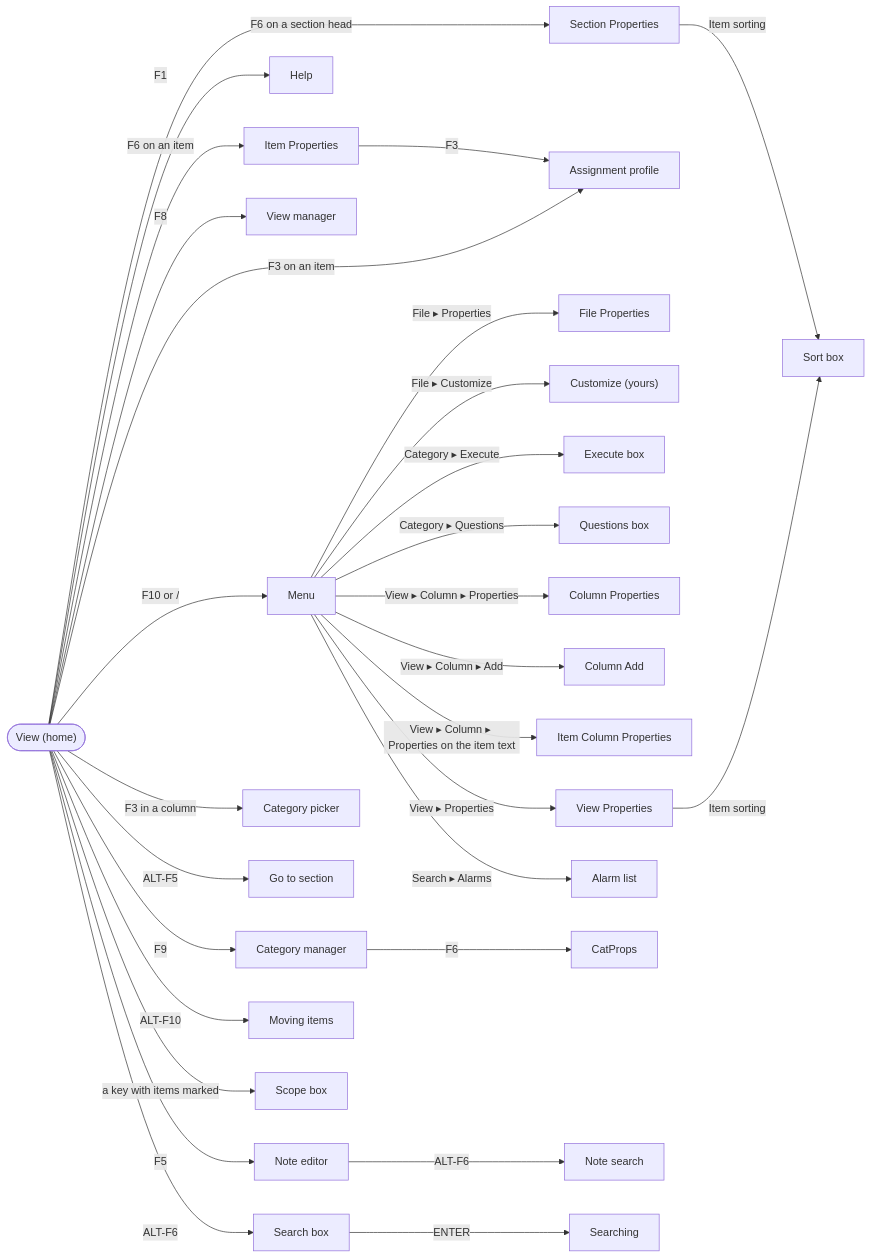
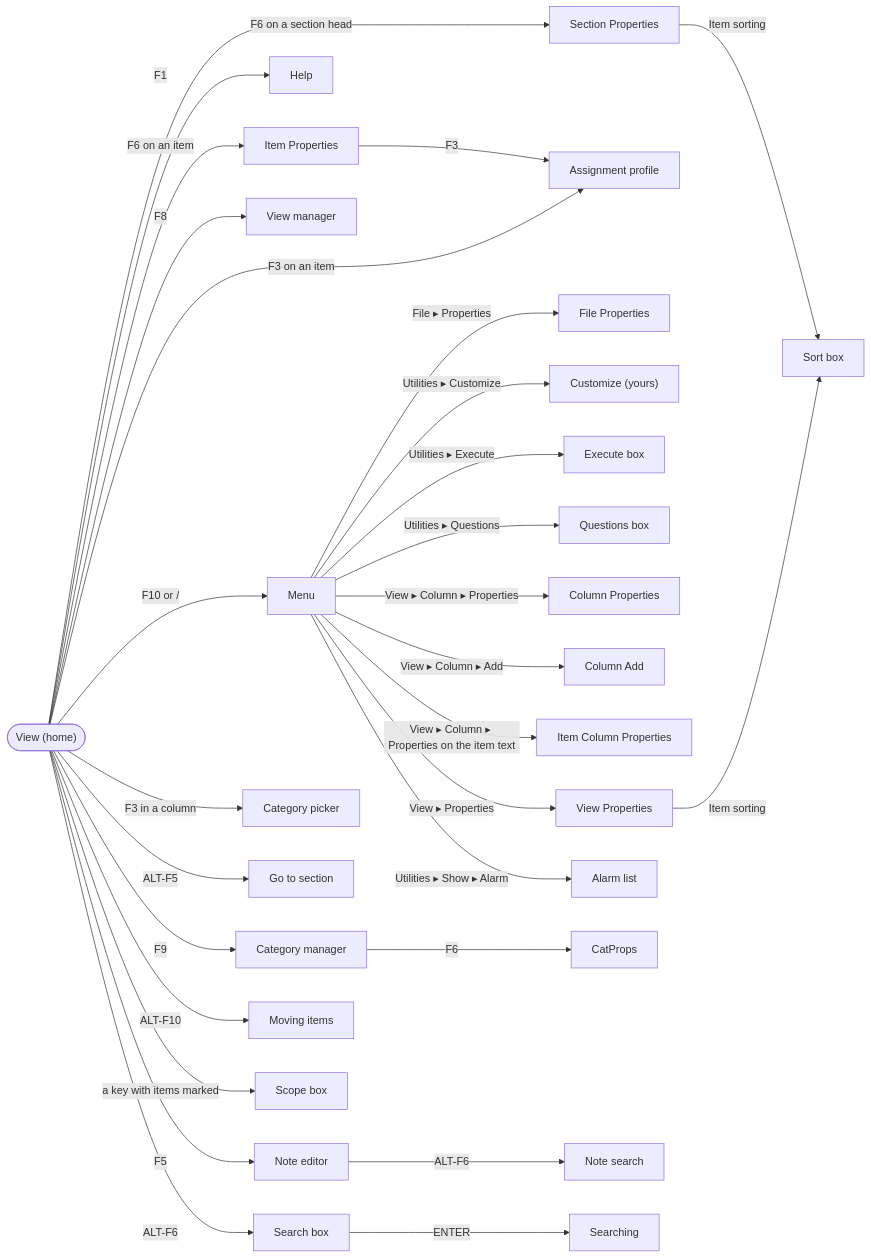
One commit to jamting/agendum changed the first of 2 diagrams in docs/SCREENS.md. Above: the diagram before and after it, drawn with Mermaid. The commit also changed other lines of this file and 47 other files, not shown here.

First line of the commit message:
The F10 menu in Agenda's shape: File Item Category View Print Utilities Quit (R81a, v0.27.0)

````diff
--- a/docs/SCREENS.md
+++ b/docs/SCREENS.md
@@ -19,32 +19,32 @@
 ```mermaid
 flowchart LR
     View(["View (home)"])
     View -- "F10 or /" --> Menu["Menu"]
     View -- F1 --> Help["Help"]
     View -- F9 --> CatMgr["Category manager"]
     View -- F8 --> ViewMgr["View manager"]
     View -- F5 --> Note["Note editor"]
     View -- "F6 on an item" --> ItemProps["Item Properties"]
     View -- "F6 on a section head" --> SectProps["Section Properties"]
     View -- "F3 on an item" --> Profile["Assignment profile"]
     View -- "F3 in a column" --> Picker["Category picker"]
     View -- ALT-F5 --> GoTo["Go to section"]
     View -- ALT-F6 --> SearchBox["Search box"]
     View -- "ALT-F10" --> MoveItem["Moving items"]
     View -- "a key with items marked" --> Scope["Scope box"]
     Menu -- "File ▸ Properties" --> FileProps["File Properties"]
-    Menu -- "File ▸ Customize" --> Customize["Customize (yours)"]
-    Menu -- "Category ▸ Execute" --> Execute["Execute box"]
-    Menu -- "Category ▸ Questions" --> Questions["Questions box"]
+    Menu -- "Utilities ▸ Customize" --> Customize["Customize (yours)"]
+    Menu -- "Utilities ▸ Execute" --> Execute["Execute box"]
+    Menu -- "Utilities ▸ Questions" --> Questions["Questions box"]
     Menu -- "View ▸ Column ▸ Properties" --> ColProps["Column Properties"]
     Menu -- "View ▸ Column ▸ Add" --> ColAdd["Column Add"]
     Menu -- "View ▸ Column ▸ Properties on the item text" --> ItemCol["Item Column Properties"]
     Menu -- "View ▸ Properties" --> ViewProps["View Properties"]
     ViewProps -- "Item sorting" --> Sort["Sort box"]
     SectProps -- "Item sorting" --> Sort
-    Menu -- "Search ▸ Alarms" --> Alarms["Alarm list"]
+    Menu -- "Utilities ▸ Show ▸ Alarm" --> Alarms["Alarm list"]
     CatMgr -- F6 --> CatProps
     ItemProps -- F3 --> Profile
     Note -- ALT-F6 --> NoteSearch["Note search"]
     SearchBox -- ENTER --> Searching["Searching"]
 ```
````
